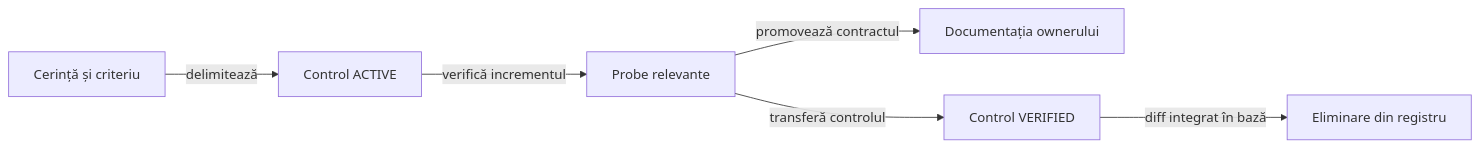
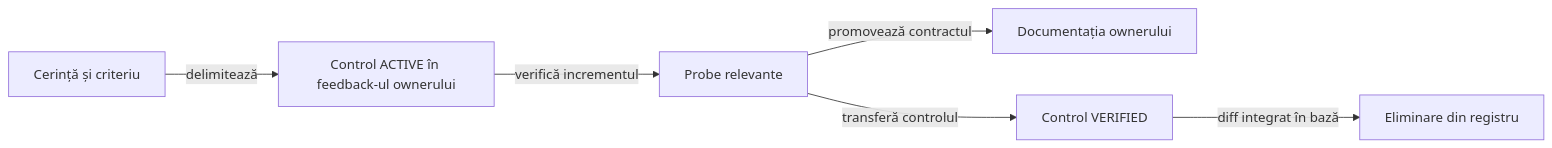
Before and after one commit to crististefanita/demo2: the diagram in docs/ATF_Test_Changes_Baseline.md, drawn with Mermaid. The commit also changed other lines of this file and 72 other files, not shown here.

````diff
--- a/docs/ATF_Test_Changes_Baseline.md
+++ b/docs/ATF_Test_Changes_Baseline.md
@@ -64,8 +65,8 @@
 ```mermaid
 flowchart LR
-    Need[Cerință și criteriu] -->|delimitează| Active[Control ACTIVE]
+    Need[Cerință și criteriu] -->|delimitează| Active[Control ACTIVE în feedback-ul ownerului]
     Active -->|verifică incrementul| Proof[Probe relevante]
     Proof -->|promovează contractul| Docs[Documentația ownerului]
     Proof -->|transferă controlul| Verified[Control VERIFIED]
     Verified -->|diff integrat în bază| Remove[Eliminare din registru]
 ```
````
